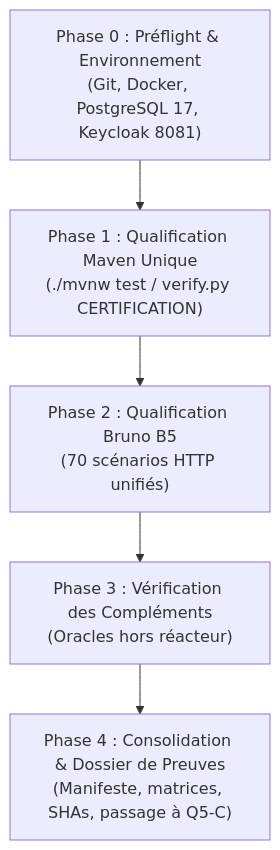
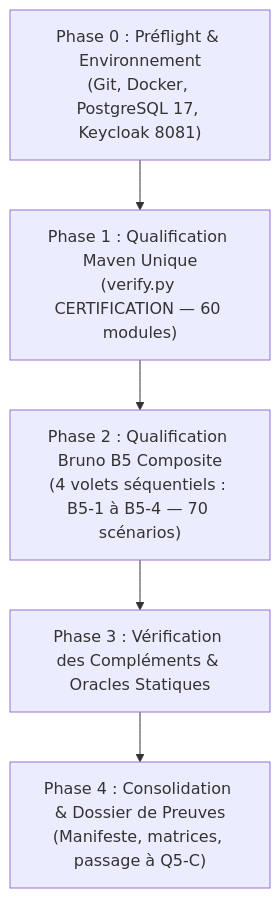
One commit to kartaguez/pocoma changed the diagram in docs/v3/L5_Q5_Final_Qualification_Plan.md. Above: the diagram before and after it, drawn with Mermaid. The commit also changed other lines of this file and 2 other files, not shown here.

Commit message:
docs(v3): amend L5 Q5 qualification plan after independent audit

````diff
--- a/docs/v3/L5_Q5_Final_Qualification_Plan.md
+++ b/docs/v3/L5_Q5_Final_Qualification_Plan.md
@@ -287,7 +253,7 @@
 ```mermaid
 flowchart TD
-    P0["Phase 0 : Préflight & Environnement\n(Git, Docker, PostgreSQL 17, Keycloak 8081)"] --> P1["Phase 1 : Qualification Maven Unique\n(./mvnw test / verify.py CERTIFICATION)"]
-    P1 --> P2["Phase 2 : Qualification Bruno B5\n(70 scénarios HTTP unifiés)"]
-    P2 --> P3["Phase 3 : Vérification des Compléments\n(Oracles hors réacteur)"]
-    P3 --> P4["Phase 4 : Consolidation & Dossier de Preuves\n(Manifeste, matrices, SHAs, passage à Q5-C)"]
+    P0["Phase 0 : Préflight & Environnement\n(Git, Docker, PostgreSQL 17, Keycloak 8081)"] --> P1["Phase 1 : Qualification Maven Unique\n(verify.py CERTIFICATION — 60 modules)"]
+    P1 --> P2["Phase 2 : Qualification Bruno B5 Composite\n(4 volets séquentiels : B5-1 à B5-4 — 70 scénarios)"]
+    P2 --> P3["Phase 3 : Vérification des Compléments & Oracles Statiques"]
+    P3 --> P4["Phase 4 : Consolidation & Dossier de Preuves\n(Manifeste, matrices, passage à Q5-C)"]
 ```
````
